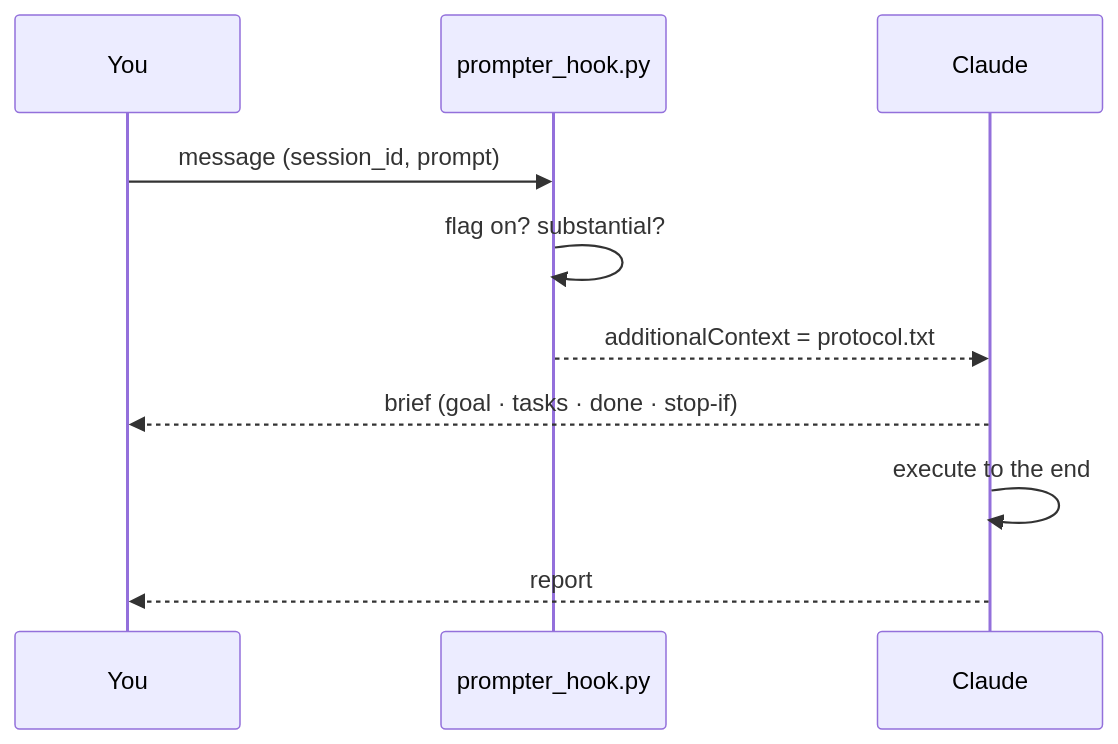
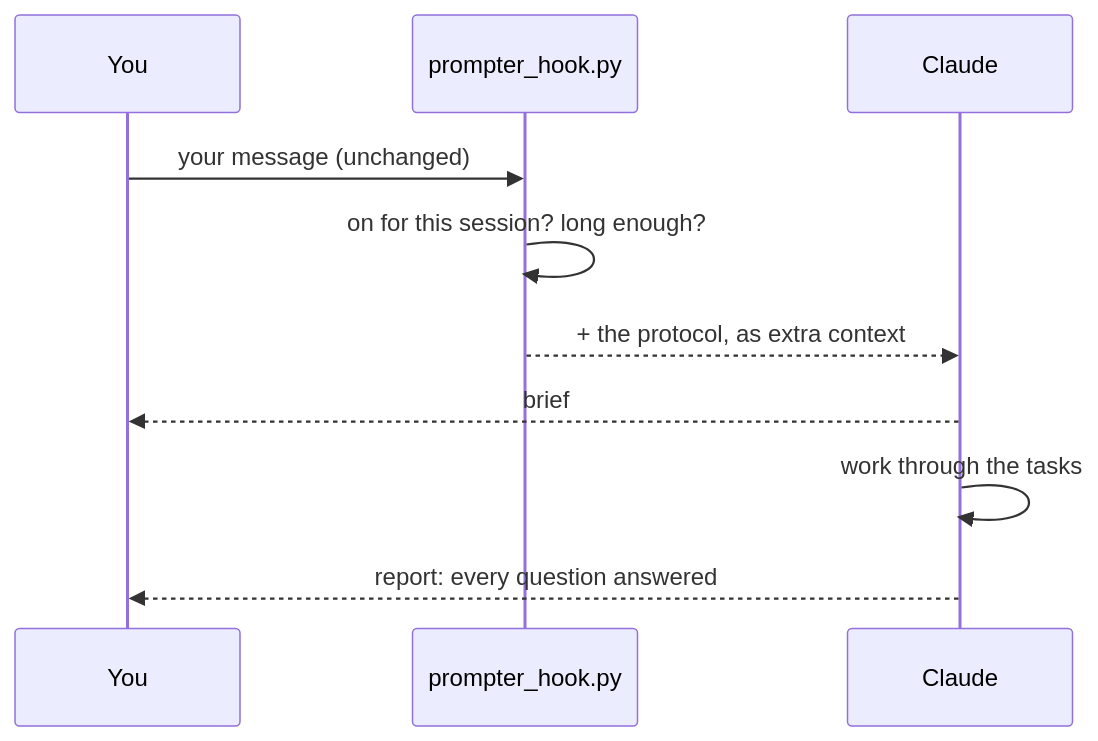
Before and after one commit to EranTzarum/prompter: the diagram in README.md, drawn with Mermaid. The commit also changed other lines of this file and 17 other files, not shown here.

````diff
--- a/README.md
+++ b/README.md
@@ -117,12 +118,12 @@
 ```mermaid
 sequenceDiagram
     participant You
     participant Hook as prompter_hook.py
     participant Claude
-    You->>Hook: message (session_id, prompt)
-    Hook->>Hook: flag on? substantial?
-    Hook-->>Claude: additionalContext = protocol.txt
-    Claude-->>You: brief (goal · tasks · done · stop-if)
-    Claude->>Claude: execute to the end
-    Claude-->>You: report
+    You->>Hook: your message (unchanged)
+    Hook->>Hook: on for this session? long enough?
+    Hook-->>Claude: + the protocol, as extra context
+    Claude-->>You: brief
+    Claude->>Claude: work through the tasks
+    Claude-->>You: report: every question answered
 ```
````
